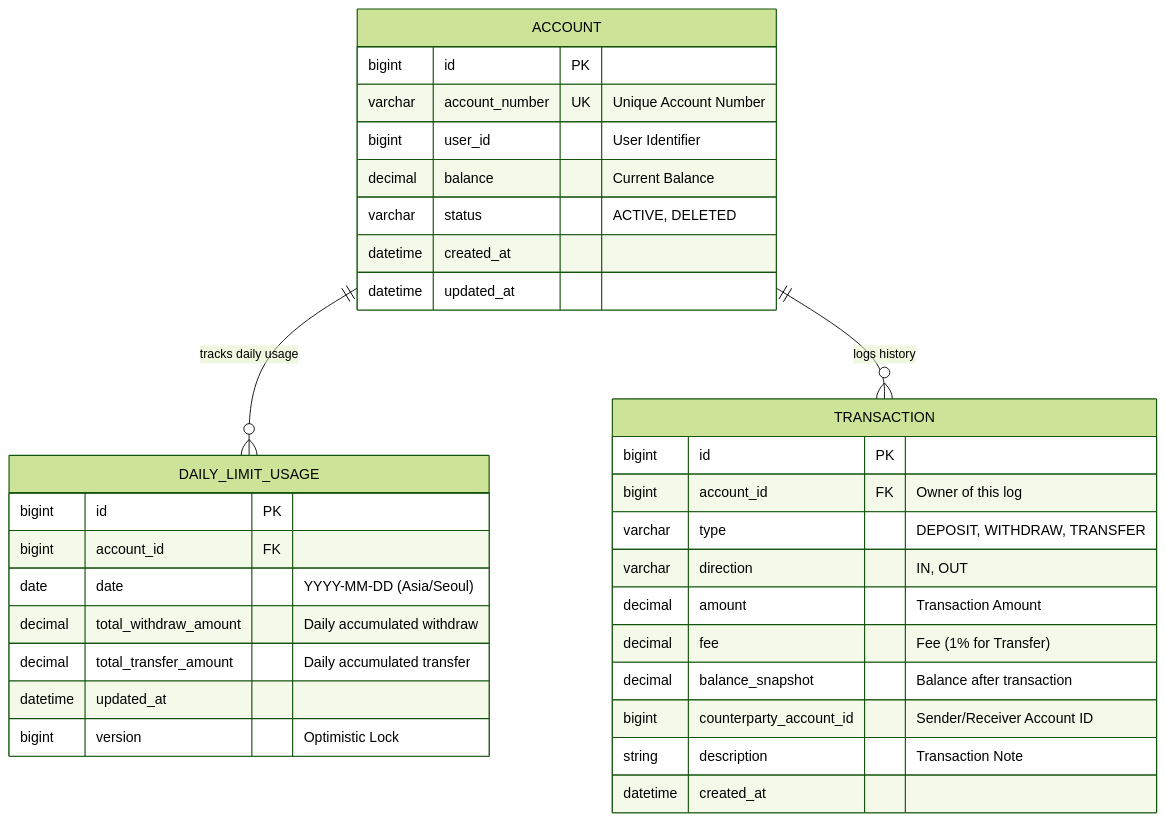
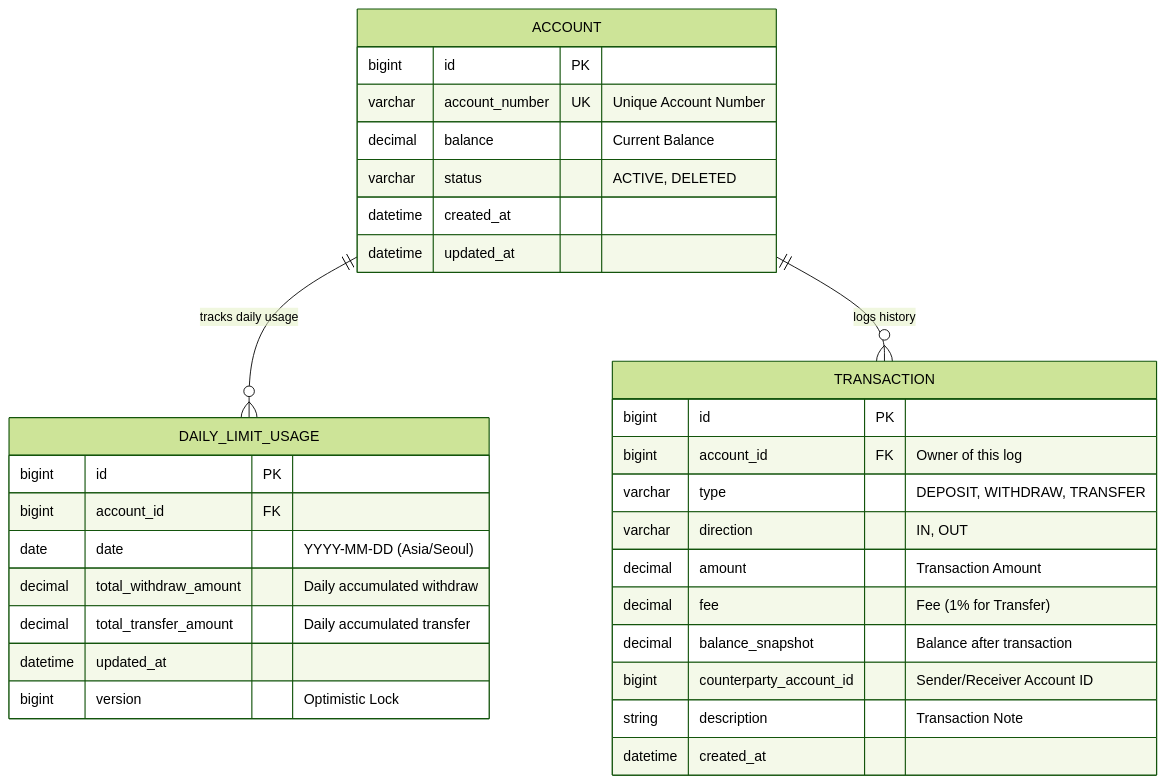
Before and after one commit to IMDongH/IMDONGHYEOK_backend: the diagram in docs/ERD.md, drawn with Mermaid (forest theme).

Commit message:
docs: ERD에서 user_id 컬럼 제거

````diff
--- a/docs/ERD.md
+++ b/docs/ERD.md
@@ -11,38 +11,38 @@
 ```mermaid
 erDiagram
     ACCOUNT {
         bigint id PK
         varchar account_number UK "Unique Account Number"
-        bigint user_id "User Identifier"
+
         decimal balance "Current Balance"
         varchar status "ACTIVE, DELETED"
         datetime created_at
         datetime updated_at
     }
 
     DAILY_LIMIT_USAGE {
         bigint id PK
         bigint account_id FK
         date date "YYYY-MM-DD (Asia/Seoul)"
         decimal total_withdraw_amount "Daily accumulated withdraw"
         decimal total_transfer_amount "Daily accumulated transfer"
         datetime updated_at
         bigint version "Optimistic Lock"
     }
 
     TRANSACTION {
         bigint id PK
         bigint account_id FK "Owner of this log"
         varchar type "DEPOSIT, WITHDRAW, TRANSFER"
         varchar direction "IN, OUT"
         decimal amount "Transaction Amount"
         decimal fee "Fee (1% for Transfer)"
         decimal balance_snapshot "Balance after transaction"
         bigint counterparty_account_id "Sender/Receiver Account ID"
         string description "Transaction Note"
         datetime created_at
     }
 
     ACCOUNT ||--o{ DAILY_LIMIT_USAGE : "tracks daily usage"
     ACCOUNT ||--o{ TRANSACTION : "logs history"
 ```
````
